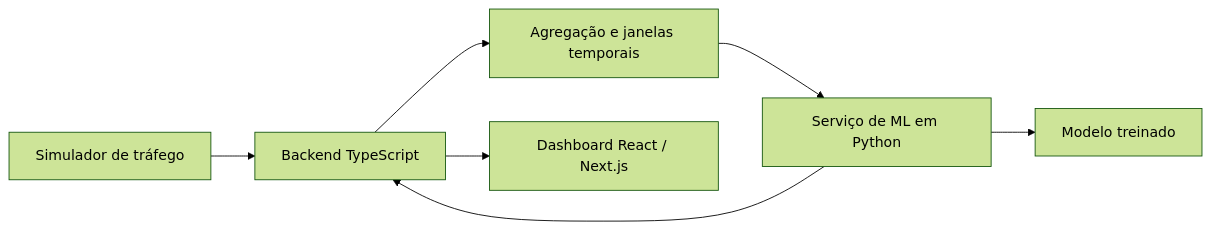
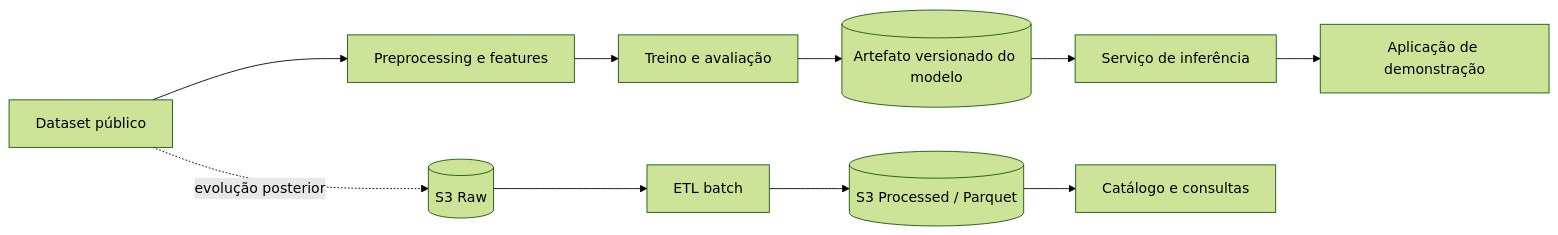
Before and after one commit to g-tavares14/netguard-ml: the second of 2 diagrams in README.md, drawn with Mermaid (forest theme). The commit also changed other lines of this file and 1 other file, not shown here.

Commit message:
docs: document data engineering and AWS roadmap

````diff
--- a/README.md
+++ b/README.md
@@ -23,9 +34,13 @@
 ```mermaid
 flowchart LR
-    SIM[Simulador de tráfego] --> TS[Backend TypeScript]
-    TS --> WIN[Agregação e janelas temporais]
-    WIN --> ML[Serviço de ML em Python]
-    ML --> MODEL[Modelo treinado]
-    ML --> TS
-    TS --> UI[Dashboard React / Next.js]
+    DATA[Dataset público] --> PREP[Preprocessing e features]
+    PREP --> TRAIN[Treino e avaliação]
+    TRAIN --> ART[(Artefato versionado do modelo)]
+    ART --> INFER[Serviço de inferência]
+    INFER --> APP[Aplicação de demonstração]
+
+    DATA -. evolução posterior .-> RAW[(S3 Raw)]
+    RAW --> ETL[ETL batch]
+    ETL --> PROC[(S3 Processed / Parquet)]
+    PROC --> ANALYTICS[Catálogo e consultas]
 ```
````
